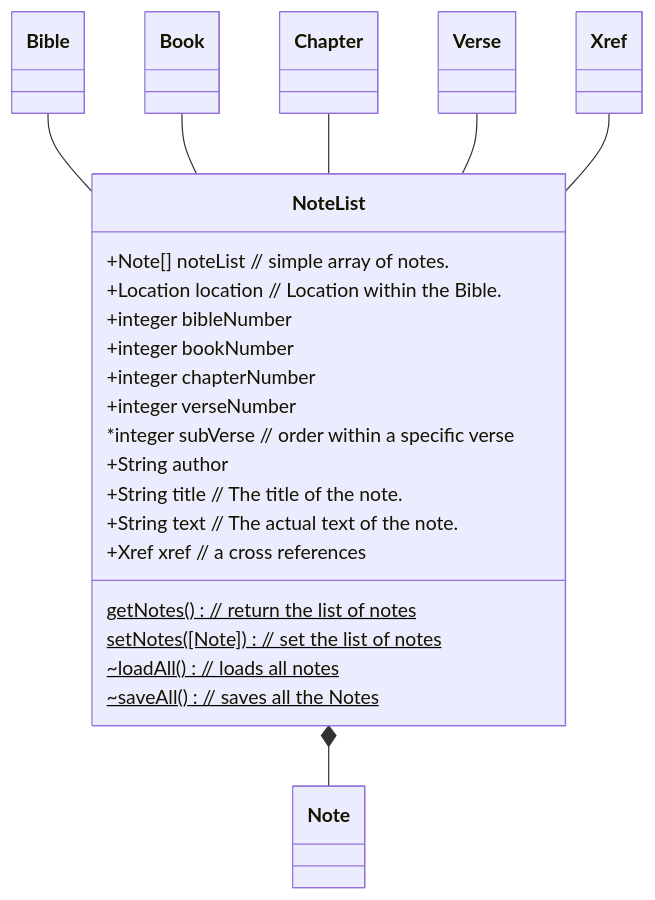
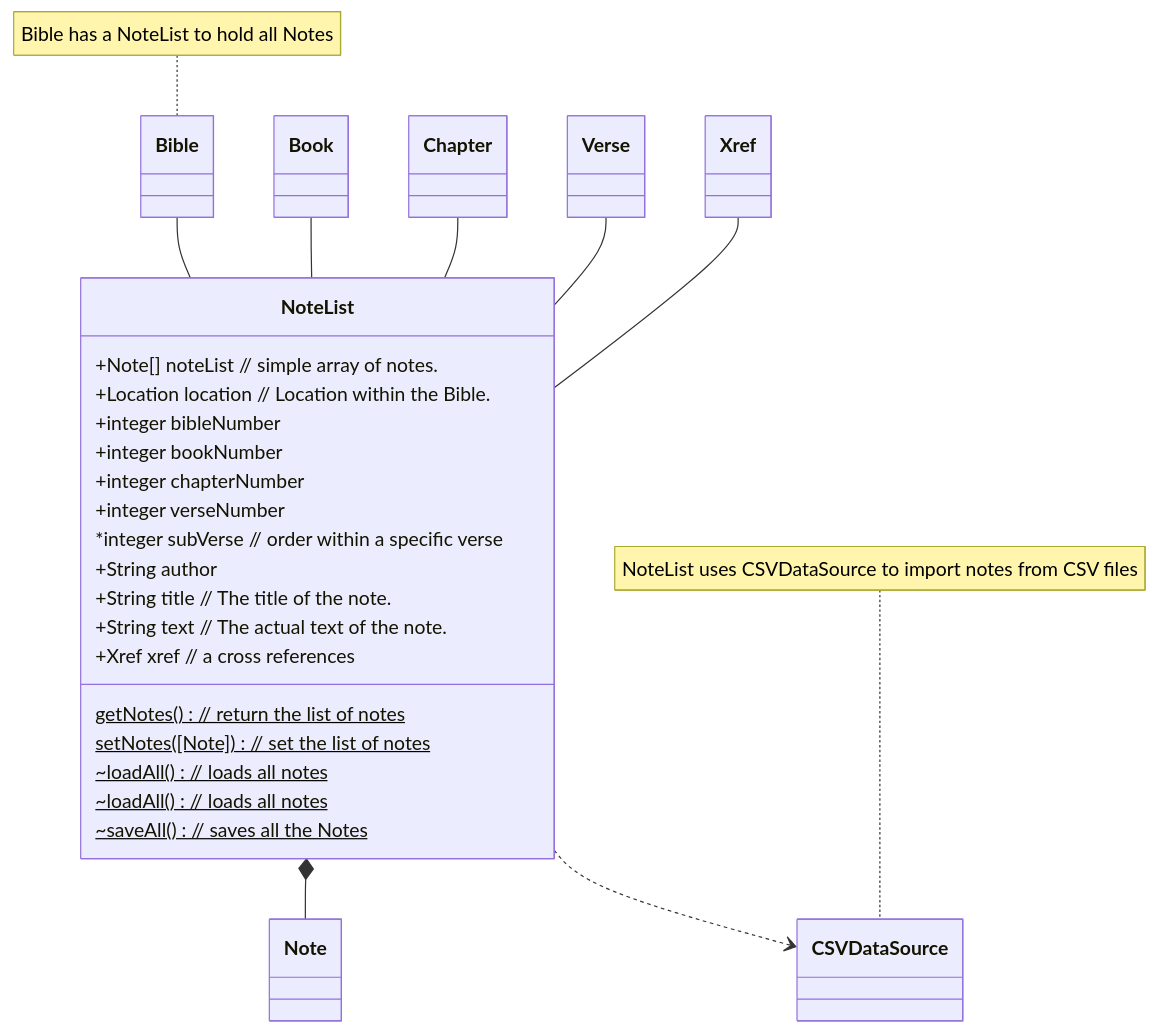
Before and after one commit to MichaelKentBurns/BibleModel: the diagram in ObjectModel/NoteList.md, drawn with Mermaid. The commit also changed 5 other files, not shown here.

Commit message:
Issue 20: Create CSVDataSource as subclass of DataSource https://github.com/MichaelKentBurns/BibleModel/issues/20 NoteList uses CSVDataSource to import Notes from CSV file exported by 3rd party BibleStudy apps like OliveTree. This also required an addition to the preferences.json

````diff
--- a/ObjectModel/NoteList.md
+++ b/ObjectModel/NoteList.md
@@ -27,26 +27,30 @@
  ```mermaid
  classDiagram
     class NoteList {
          +Note[]  noteList      // simple array of notes.
          +Location location     // Location within the Bible.
          +integer bibleNumber
          +integer bookNumber
          +integer chapterNumber
          +integer verseNumber
          *integer subVerse   // order within a specific verse
          +String author
          +String title        // The title of the note.
          +String text        // The actual text of the note.
          +Xref xref      // a cross references
      getNotes()$   // return the list of notes
      setNotes([Note])$   // set the list of notes
      ~loadAll()$   // loads all notes
+     ~loadAll()$   // loads all notes
      ~saveAll()$   // saves all the Notes
  }
+ Bible -- NoteList
+ note for Bible "Bible has a NoteList to hold all Notes"
  NoteList *-- Note
- Bible -- NoteList
  Book -- NoteList
  Chapter -- NoteList
  Verse -- NoteList
  Xref -- NoteList
+ note for CSVDataSource "NoteList uses CSVDataSource to import notes from CSV files"
+ NoteList ..> CSVDataSource
  ```
````
